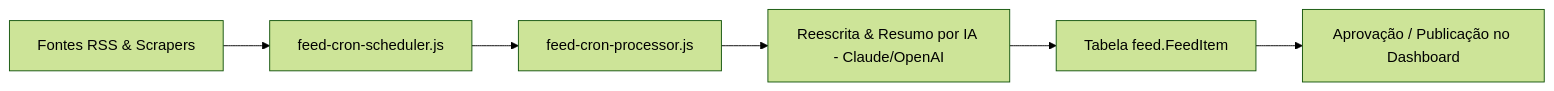
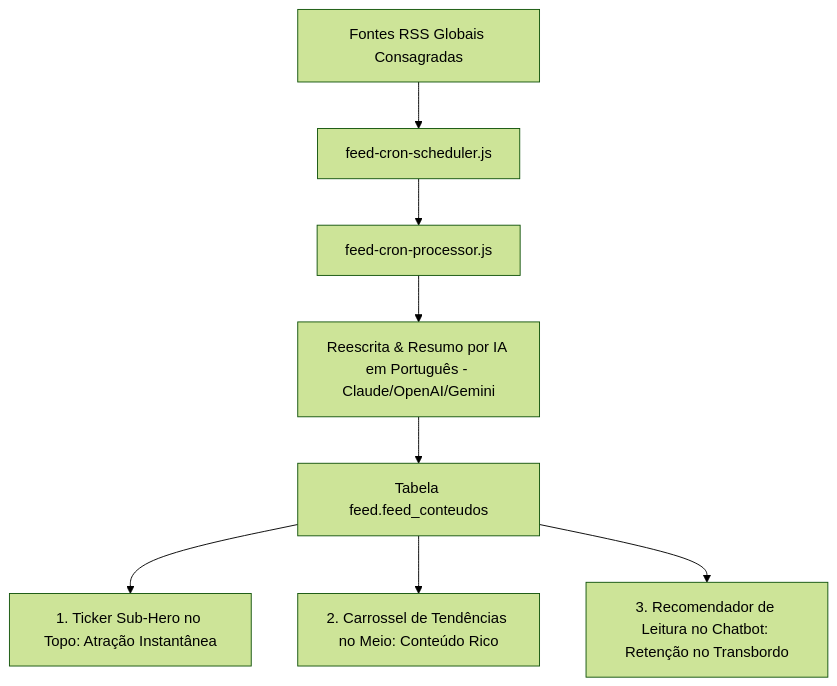
One commit to alexandreseverogh/NetImobiliaria changed the diagram in docs/08_modulo_feed_automatizado_e_conteudo_ia.md. Above: the diagram before and after it, drawn with Mermaid (forest theme). The commit also changed other lines of this file and 1 other file, not shown here.

Commit message:
docs: adicionada arquitetura hibrida CRO do Feed (Ticker Sub-Hero + Carrossel Intermediario + Recomendador no Chatbot)

````diff
--- a/docs/08_modulo_feed_automatizado_e_conteudo_ia.md
+++ b/docs/08_modulo_feed_automatizado_e_conteudo_ia.md
@@ -9,8 +9,11 @@
 ```mermaid
-graph LR
-    Sources[Fontes RSS & Scrapers] --> Scheduler[feed-cron-scheduler.js]
+graph TD
+    Sources[Fontes RSS Globais Consagradas] --> Scheduler[feed-cron-scheduler.js]
     Scheduler --> Processor[feed-cron-processor.js]
-    Processor --> LLM[Reescrita & Resumo por IA - Claude/OpenAI]
-    LLM --> FeedDB[Tabela feed.FeedItem]
-    FeedDB --> UI[Aprovação / Publicação no Dashboard]
+    Processor --> LLM[Reescrita & Resumo por IA em Português - Claude/OpenAI/Gemini]
+    LLM --> FeedDB[Tabela feed.feed_conteudos]
+    
+    FeedDB --> UI1[1. Ticker Sub-Hero no Topo: Atração Instantânea]
+    FeedDB --> UI2[2. Carrossel de Tendências no Meio: Conteúdo Rico]
+    FeedDB --> UI3[3. Recomendador de Leitura no Chatbot: Retenção no Transbordo]
 ```
````
